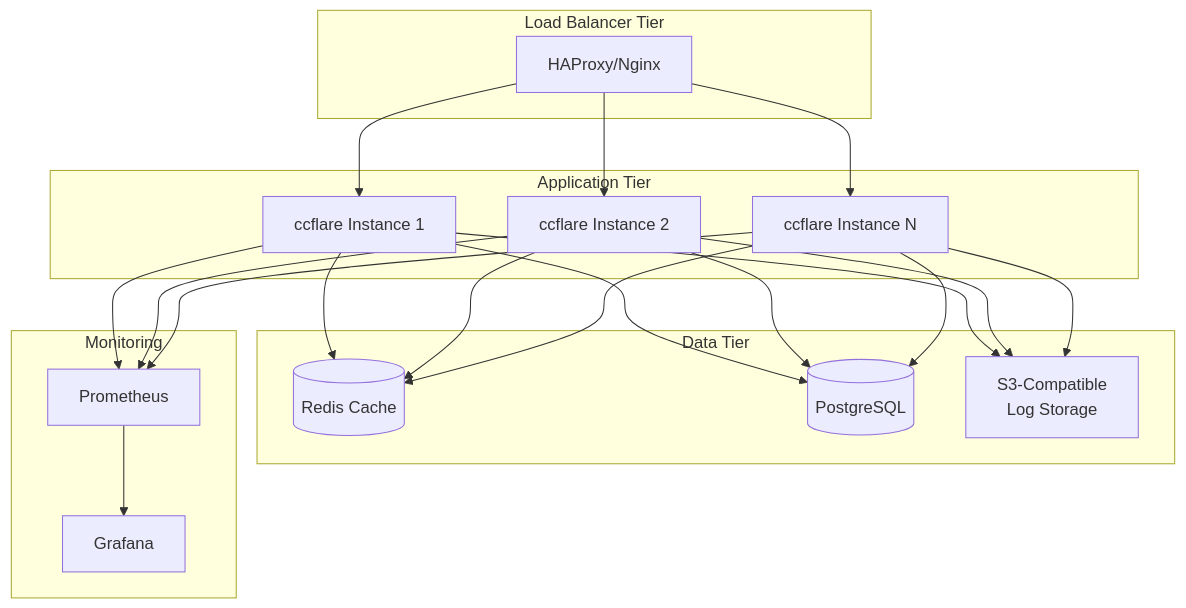
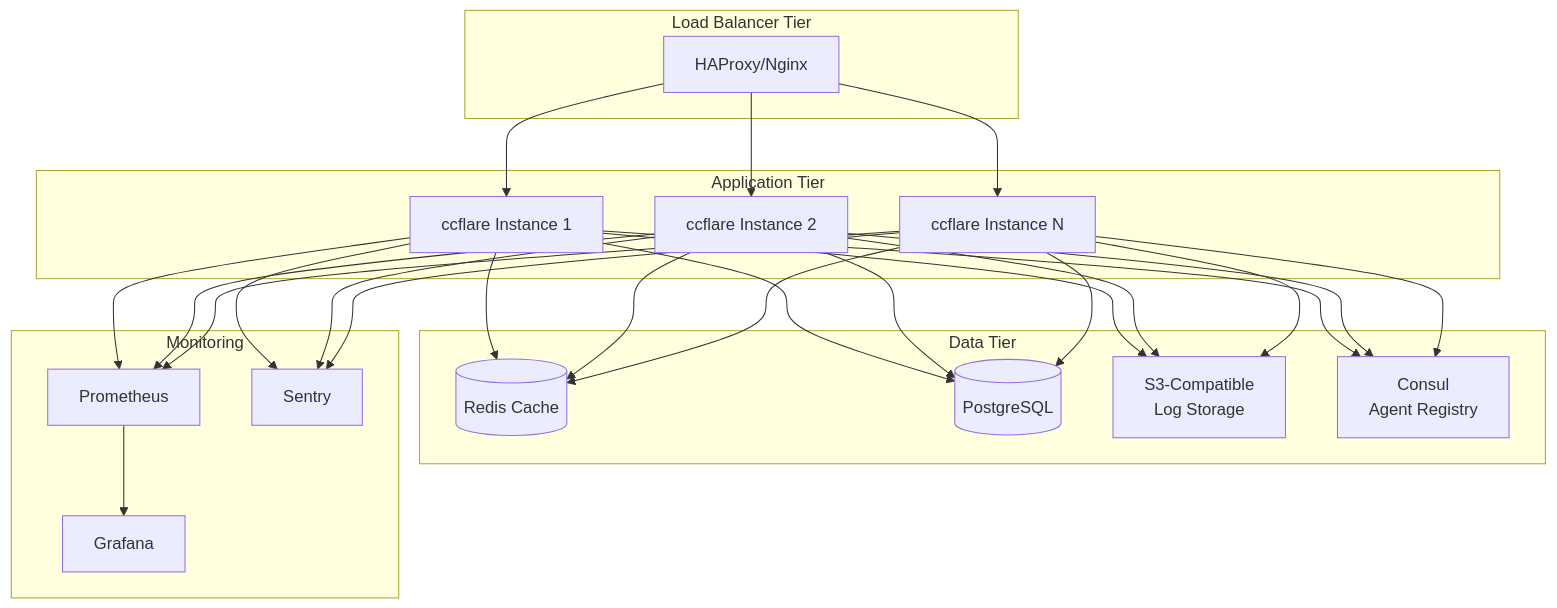
Diagram 25 of 25 in docs/architecture.md (tombii/better-ccflare), drawn with Mermaid before and after one commit. The commit also changed other lines of this file and 14 other files, not shown here.

First line of the commit message:
docs(docs): overhaul architecture and CLI documentation

````diff
--- a/docs/architecture.md
+++ b/docs/architecture.md
@@ -945,45 +1377,54 @@
 ```mermaid
 graph TB
     subgraph "Load Balancer Tier"
         LB1[HAProxy/Nginx]
     end
     
     subgraph "Application Tier"
         APP1[ccflare Instance 1]
         APP2[ccflare Instance 2]
         APP3[ccflare Instance N]
     end
     
     subgraph "Data Tier"
         REDIS[(Redis Cache)]
         PG[(PostgreSQL)]
         S3[S3-Compatible<br/>Log Storage]
+        CONSUL[Consul<br/>Agent Registry]
     end
     
     subgraph "Monitoring"
         PROM[Prometheus]
         GRAF[Grafana]
+        SENTRY[Sentry]
     end
     
     LB1 --> APP1
     LB1 --> APP2
     LB1 --> APP3
     
     APP1 --> REDIS
     APP2 --> REDIS
     APP3 --> REDIS
     
     APP1 --> PG
     APP2 --> PG
     APP3 --> PG
     
     APP1 --> S3
     APP2 --> S3
     APP3 --> S3
     
+    APP1 --> CONSUL
+    APP2 --> CONSUL
+    APP3 --> CONSUL
+    
     APP1 --> PROM
     APP2 --> PROM
     APP3 --> PROM
     
     PROM --> GRAF
+    APP1 --> SENTRY
+    APP2 --> SENTRY
+    APP3 --> SENTRY
 ```
````
